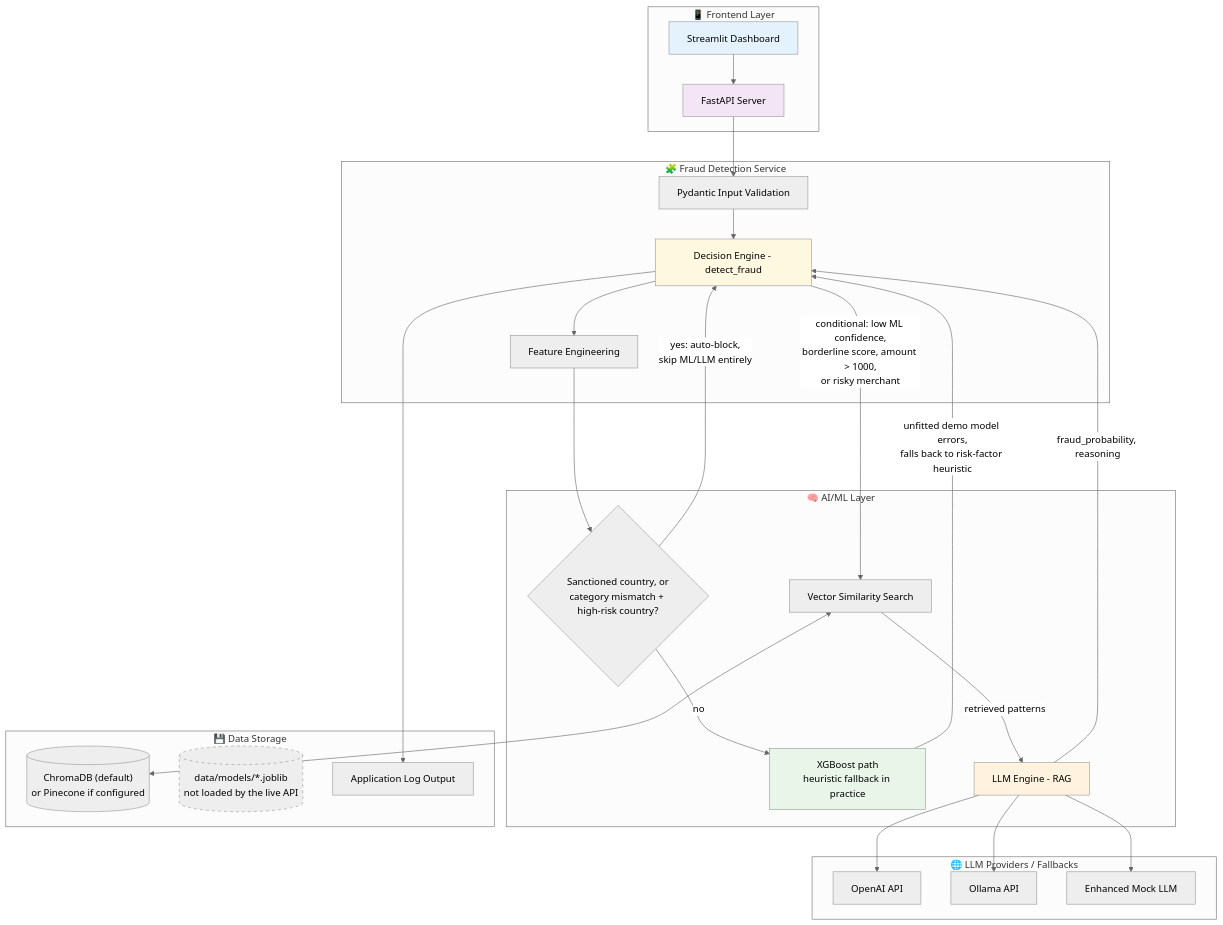
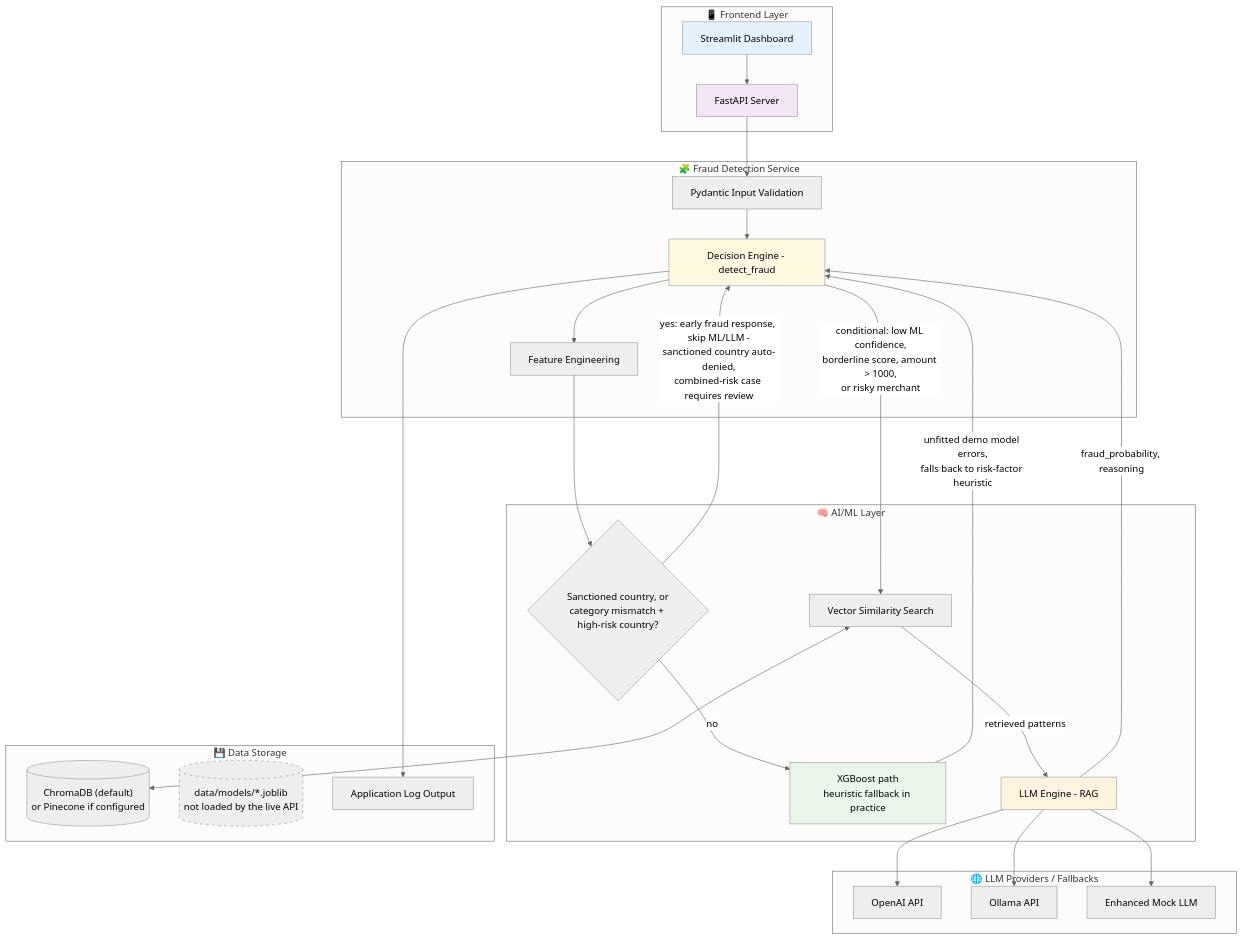
Before and after one commit to guruthanglearning/AILearning: the second of 5 diagrams in MLProjects/creditcardfrauddetection/README.md, drawn with Mermaid (neutral theme).

Commit message:
Distinguish the two hard-block outcomes per Codex review
Only the sanctioned-country block is auto-denied with
requires_review=False. The category-mismatch + high-risk-country
block returns is_fraud=True but requires_review=True, explicitly
requiring manual review - the diagram's single "auto-block" label
conflated the two.

````diff
--- a/MLProjects/creditcardfrauddetection/README.md
+++ b/MLProjects/creditcardfrauddetection/README.md
@@ -1626,58 +1626,58 @@
 ```mermaid
 graph TB
     subgraph "📱 Frontend Layer"
         UI[Streamlit Dashboard]
         API[FastAPI Server]
     end
 
     subgraph "🧩 Fraud Detection Service"
         VALIDATION[Pydantic Input Validation]
         DECISION[Decision Engine - detect_fraud]
         FEATURE[Feature Engineering]
     end
 
     subgraph "🧠 AI/ML Layer"
         HARDBLOCK{Sanctioned country, or<br/>category mismatch + high-risk country?}
         XGB[XGBoost path<br/>heuristic fallback in practice]
         VECTOR[Vector Similarity Search]
         LLM[LLM Engine - RAG]
     end
 
     subgraph "🌐 LLM Providers / Fallbacks"
         OPENAI[OpenAI API]
         OLLAMA[Ollama API]
         MOCK[Enhanced Mock LLM]
     end
 
     subgraph "💾 Data Storage"
         CHROMA[("ChromaDB (default)<br/>or Pinecone if configured")]
         MODELS[("data/models/*.joblib<br/>not loaded by the live API")]
         LOGS[Application Log Output]
     end
 
     UI --> API
     API --> VALIDATION
     VALIDATION --> DECISION
     DECISION --> FEATURE
     FEATURE --> HARDBLOCK
-    HARDBLOCK -->|"yes: auto-block,<br/>skip ML/LLM entirely"| DECISION
+    HARDBLOCK -->|"yes: early fraud response, skip ML/LLM -<br/>sanctioned country auto-denied,<br/>combined-risk case requires review"| DECISION
     HARDBLOCK -->|no| XGB
     XGB -->|"unfitted demo model errors,<br/>falls back to risk-factor heuristic"| DECISION
 
     DECISION -->|"conditional: low ML confidence,<br/>borderline score, amount > 1000,<br/>or risky merchant"| VECTOR
     VECTOR <--> CHROMA
     VECTOR -->|retrieved patterns| LLM
     LLM --> OPENAI
     LLM --> OLLAMA
     LLM --> MOCK
     LLM -->|fraud_probability, reasoning| DECISION
 
     DECISION --> LOGS
 
     style UI fill:#e3f2fd
     style API fill:#f3e5f5
     style XGB fill:#e8f5e8
     style LLM fill:#fff3e0
     style DECISION fill:#fff8e1
     style MODELS fill:#eeeeee,stroke-dasharray: 5 5
 ```
````
